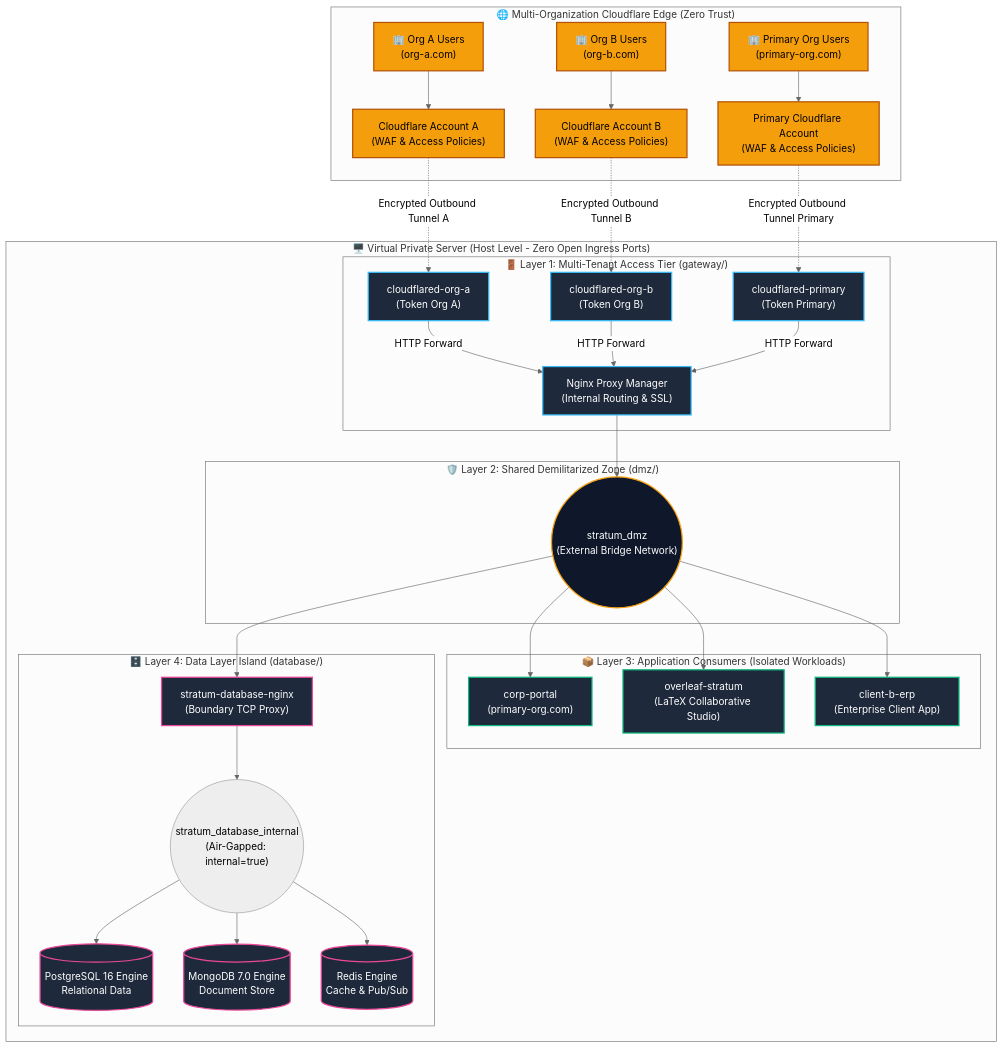
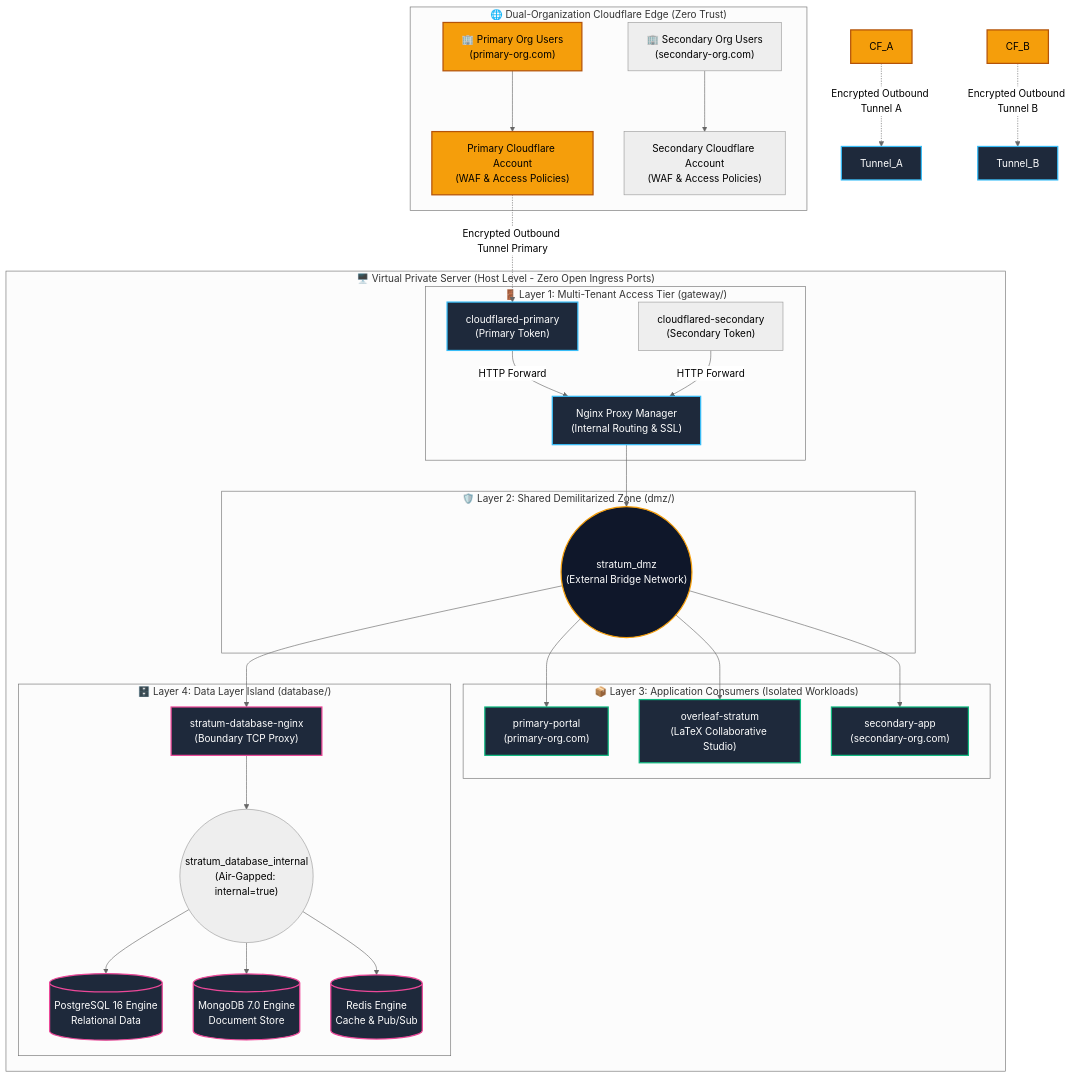
The first of 3 diagrams in README.md (sandra-puerto/stratum-core), drawn with Mermaid (neutral theme) before and after one commit. The commit also changed 3 other files, not shown here.

````diff
--- a/README.md
+++ b/README.md
@@ -36,68 +36,65 @@
 ```mermaid
 graph TB
-    subgraph MultiOrgWAN ["🌐 Multi-Organization Cloudflare Edge (Zero Trust)"]
-        ClientA["🏢 Org A Users<br/>(org-a.com)"] --> CF_A["Cloudflare Account A<br/>(WAF & Access Policies)"]
-        ClientB["🏢 Org B Users<br/>(org-b.com)"] --> CF_B["Cloudflare Account B<br/>(WAF & Access Policies)"]
+    subgraph MultiOrgWAN ["🌐 Dual-Organization Cloudflare Edge (Zero Trust)"]
         ClientPri["🏢 Primary Org Users<br/>(primary-org.com)"] --> CF_Pri["Primary Cloudflare Account<br/>(WAF & Access Policies)"]
+        ClientSec["🏢 Secondary Org Users<br/>(secondary-org.com)"] --> CF_Sec["Secondary Cloudflare Account<br/>(WAF & Access Policies)"]
     end
 
     subgraph Host ["🖥️ Virtual Private Server (Host Level - Zero Open Ingress Ports)"]
         subgraph GatewayIsland ["🚪 Layer 1: Multi-Tenant Access Tier (gateway/)"]
-            Tunnel_A["cloudflared-org-a<br/>(Token Org A)"]
-            Tunnel_B["cloudflared-org-b<br/>(Token Org B)"]
-            Tunnel_Pri["cloudflared-primary<br/>(Token Primary)"]
+            Tunnel_Pri["cloudflared-primary<br/>(Primary Token)"]
+            Tunnel_Sec["cloudflared-secondary<br/>(Secondary Token)"]
             
             NPM["Nginx Proxy Manager<br/>(Internal Routing & SSL)"]
 
-            Tunnel_A -->|HTTP Forward| NPM
-            Tunnel_B -->|HTTP Forward| NPM
             Tunnel_Pri -->|HTTP Forward| NPM
+            Tunnel_Sec -->|HTTP Forward| NPM
         end
 
         subgraph SharedDMZ ["🛡️ Layer 2: Shared Demilitarized Zone (dmz/)"]
             DMZ_Net(("stratum_dmz<br/>(External Bridge Network)"))
         end
 
         subgraph ConsumerApps ["📦 Layer 3: Application Consumers (Isolated Workloads)"]
-            App1["corp-portal<br/>(primary-org.com)"]
+            App1["primary-portal<br/>(primary-org.com)"]
             App2["overleaf-stratum<br/>(LaTeX Collaborative Studio)"]
-            App3["client-b-erp<br/>(Enterprise Client App)"]
+            App3["secondary-app<br/>(secondary-org.com)"]
         end
 
         subgraph DatabaseIsland ["🗄️ Layer 4: Data Layer Island (database/)"]
             DB_Proxy["stratum-database-nginx<br/>(Boundary TCP Proxy)"]
             DB_Net(("stratum_database_internal<br/>(Air-Gapped: internal=true)"))
             
             Postgres[("PostgreSQL 16 Engine<br/>Relational Data")]
             MongoDB[("MongoDB 7.0 Engine<br/>Document Store")]
             Redis[("Redis Engine<br/>Cache & Pub/Sub")]
 
             DB_Proxy --> DB_Net
             DB_Net --> Postgres
             DB_Net --> MongoDB
             DB_Net --> Redis
         end
     end
 
     CF_A -.->|Encrypted Outbound Tunnel A| Tunnel_A
     CF_B -.->|Encrypted Outbound Tunnel B| Tunnel_B
     CF_Pri -.->|Encrypted Outbound Tunnel Primary| Tunnel_Pri
 
     NPM --> DMZ_Net
     DMZ_Net --> App1
     DMZ_Net --> App2
     DMZ_Net --> App3
     DMZ_Net --> DB_Proxy
 
     classDef edge fill:#f59e0b,stroke:#b45309,stroke-width:2px,color:#000;
     classDef gateway fill:#1e293b,stroke:#38bdf8,stroke-width:2px,color:#fff;
     classDef dmz fill:#0f172a,stroke:#f59e0b,stroke-width:2px,color:#fff;
     classDef consumer fill:#1e293b,stroke:#10b981,stroke-width:2px,color:#fff;
     classDef database fill:#1e293b,stroke:#ec4899,stroke-width:2px,color:#fff;
 
     class ClientA,ClientB,ClientPri,CF_A,CF_B,CF_Pri edge;
     class Tunnel_A,Tunnel_B,Tunnel_Pri,NPM gateway;
     class DMZ_Net dmz;
     class App1,App2,App3 consumer;
     class DB_Proxy,Postgres,MongoDB,Redis database;
 ```
````
